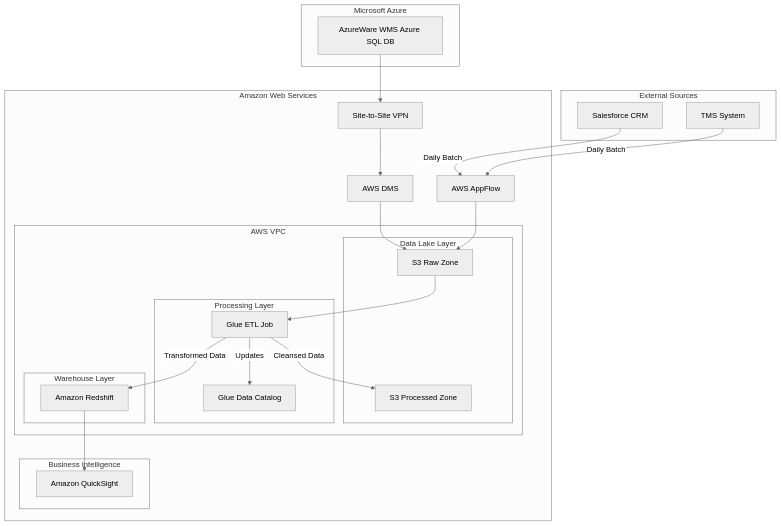
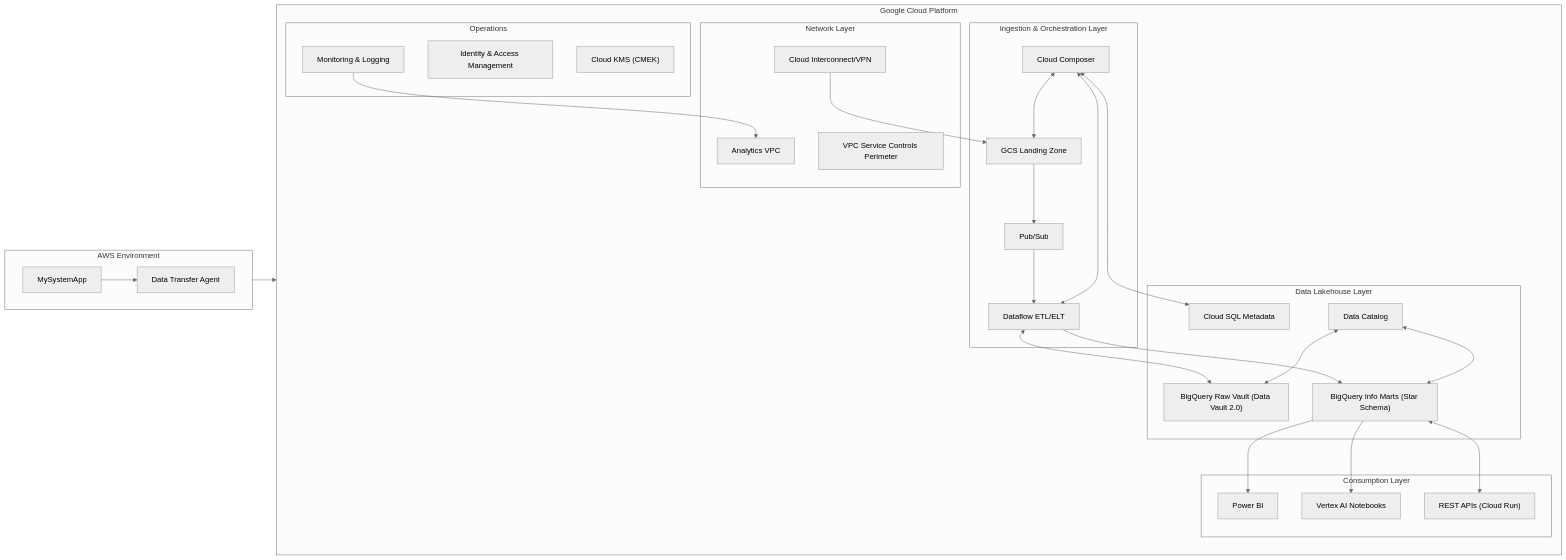
One commit to hulkamaphone/terraform_documenter changed the diagram in README.md. Above: the diagram before and after it, drawn with Mermaid (neutral theme). The commit also changed other lines of this file, not shown here.

````diff
--- a/README.md
+++ b/README.md
@@ -107,50 +109,64 @@
 ```mermaid
-graph TD
-    subgraph "External Sources"
-        crm["Salesforce CRM"]
-        tms["TMS System"]
+graph LR
+    %% AWS Environment
+    subgraph "AWS Environment"
+        direction LR
+        aws_mysystemapp["MySystemApp"]
+        aws_agent["Data Transfer Agent"]
     end
 
-    subgraph "Microsoft Azure"
-        wms_db["AzureWare WMS Azure SQL DB"]
-    end
+    %% Google Cloud Platform Environment
+    subgraph "Google Cloud Platform"
+        direction TB
+        
+        subgraph "Network Layer"
+            gcp_interconnect["Cloud Interconnect/VPN"]
+            gcp_vpc["Analytics VPC"]
+            gcp_vpc_sc["VPC Service Controls Perimeter"]
+        end
 
-    subgraph "Amazon Web Services"
-        s2s_vpn["Site-to-Site VPN"]
-        dms["AWS DMS"]
-        appflow["AWS AppFlow"]
+        subgraph "Ingestion & Orchestration Layer"
+            gcp_gcs_landing["GCS Landing Zone"]
+            gcp_pubsub["Pub/Sub"]
+            gcp_dataflow["Dataflow ETL/ELT"]
+            gcp_composer["Cloud Composer"]
+        end
 
-        subgraph "AWS VPC"
-            subgraph "Data Lake Layer"
-                s3_raw["S3 Raw Zone"]
-                s3_processed["S3 Processed Zone"]
-            end
-            subgraph "Processing Layer"
-                glue_catalog["Glue Data Catalog"]
-                glue_etl["Glue ETL Job"]
-            end
-            subgraph "Warehouse Layer"
-                redshift_dw["Amazon Redshift"]
-            end
+        subgraph "Data Lakehouse Layer"
+            gcp_bq_raw["BigQuery Raw Vault (Data Vault 2.0)"]
+            gcp_bq_mart["BigQuery Info Marts (Star Schema)"]
+            gcp_cloudsql["Cloud SQL Metadata"]
+            gcp_datacatalog["Data Catalog"]
         end
-        subgraph "Business Intelligence"
-            quicksight_bi["Amazon QuickSight"]
+
+        subgraph "Consumption Layer"
+            gcp_powerbi["Power BI"]
+            gcp_vertex["Vertex AI Notebooks"]
+            gcp_api["REST APIs (Cloud Run)"]
+        end
+        
+        subgraph "Operations"
+            gcp_monitoring["Monitoring & Logging"]
+            gcp_iam["Identity & Access Management"]
+            gcp_kms["Cloud KMS (CMEK)"]
         end
     end
 
     %% Data Flows
-    wms_db --> s2s_vpn
-    s2s_vpn --> dms
-    dms --> s3_raw
-
-    crm -- "Daily Batch" --> appflow
-    tms -- "Daily Batch" --> appflow
-    appflow --> s3_raw
-
-    s3_raw --> glue_etl
-    glue_etl -- "Updates" --> glue_catalog
-    glue_etl -- "Cleansed Data" --> s3_processed
-    glue_etl -- "Transformed Data" --> redshift_dw
-    
-    redshift_dw --> quicksight_bi
+    aws_mysystemapp --> aws_agent
+    aws_agent --> gcp_interconnect
+    gcp_interconnect --> gcp_gcs_landing
+    gcp_gcs_landing --> gcp_pubsub
+    gcp_pubsub --> gcp_dataflow
+    gcp_dataflow <--> gcp_bq_raw
+    gcp_dataflow --> gcp_bq_mart
+    gcp_composer <--> gcp_dataflow
+    gcp_composer <--> gcp_gcs_landing
+    gcp_composer <--> gcp_cloudsql
+    gcp_bq_mart --> gcp_powerbi
+    gcp_bq_mart --> gcp_vertex
+    gcp_bq_mart <--> gcp_api
+    gcp_datacatalog <--> gcp_bq_raw
+    gcp_datacatalog <--> gcp_bq_mart
+    gcp_monitoring --> gcp_vpc
 ```
````
